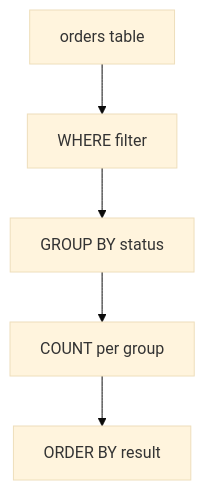
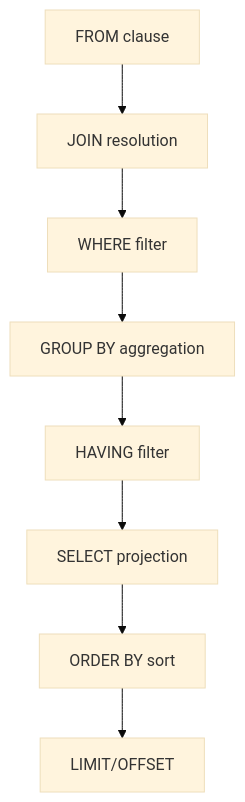
One commit to BakhodiribnYashinibnMansur/SeniorProject changed the first of 16 diagrams in Roadmap/Programming-Languages/sql/TEMPLATE.md. Above: the diagram before and after it, drawn with Mermaid (base theme). The commit also changed other lines of this file and 17 other files, not shown here.

First line of the commit message:
update TEMPLATE.md files: add new roadmaps, fix SQL template, improve existing templates

````diff
--- a/Roadmap/Programming-Languages/sql/TEMPLATE.md
+++ b/Roadmap/Programming-Languages/sql/TEMPLATE.md
@@ -264,7 +359,10 @@
 ```mermaid
 graph TD
-    A[orders table] --> B[WHERE filter]
-    B --> C[GROUP BY status]
-    C --> D[COUNT per group]
-    D --> E[ORDER BY result]
+    A[FROM clause] --> B[JOIN resolution]
+    B --> C[WHERE filter]
+    C --> D[GROUP BY aggregation]
+    D --> E[HAVING filter]
+    E --> F[SELECT projection]
+    F --> G[ORDER BY sort]
+    G --> H[LIMIT/OFFSET]
 ```
````
